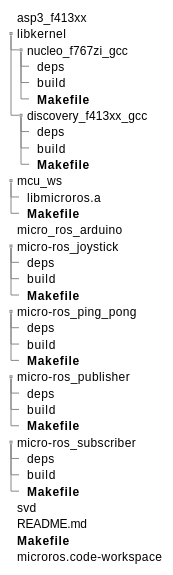
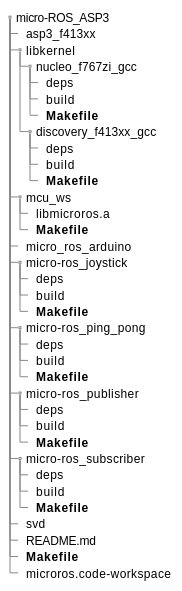
The second of 3 diagrams in doc/toppers_stm32f413.md (exshonda/micro-ROS_ASP3), drawn with PlantUML before and after one commit. The commit also changed other lines of this file and 1 other file, not shown here.

````diff
--- a/doc/toppers_stm32f413.md
+++ b/doc/toppers_stm32f413.md
@@ -146,45 +147,46 @@
     ```plantuml
     @startuml
 
     salt
     {
     {T
+        micro-ROS_ASP3
         + asp3_f413xx
         + libkernel
         ++ nucleo_f767zi_gcc
         +++ deps
         +++ build
         +++ **Makefile**
         ++ discovery_f413xx_gcc
         +++ deps
         +++ build
         +++ **Makefile**
         + mcu_ws
         ++ libmicroros.a
         ++ **Makefile**
         + micro_ros_arduino
         + micro-ros_joystick
         ++ deps
         ++ build
         ++ **Makefile**
         + micro-ros_ping_pong
         ++ deps
         ++ build
         ++ **Makefile**
         + micro-ros_publisher
         ++ deps
         ++ build
         ++ **Makefile**
         + micro-ros_subscriber
         ++ deps
         ++ build
         ++ **Makefile**
         + svd
         + README.md
         + **Makefile**
         + microros.code-workspace
     }
     }
 
     @enduml
     ```
````
